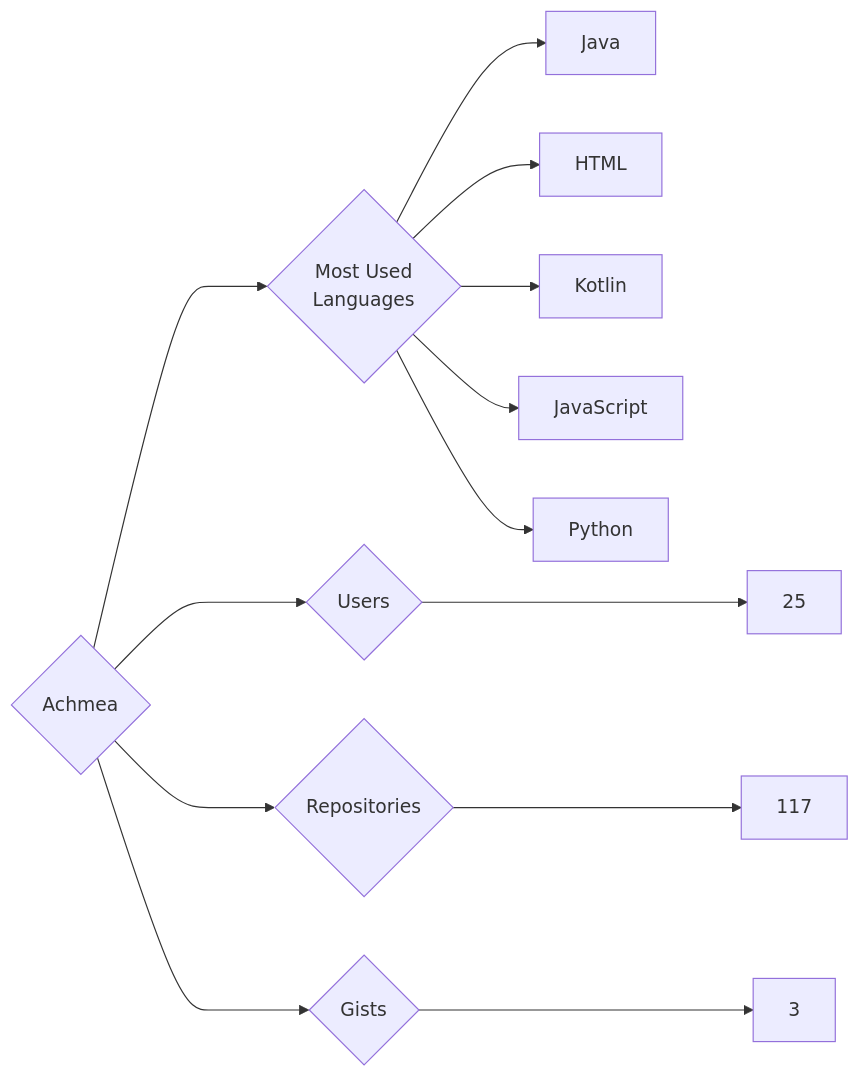
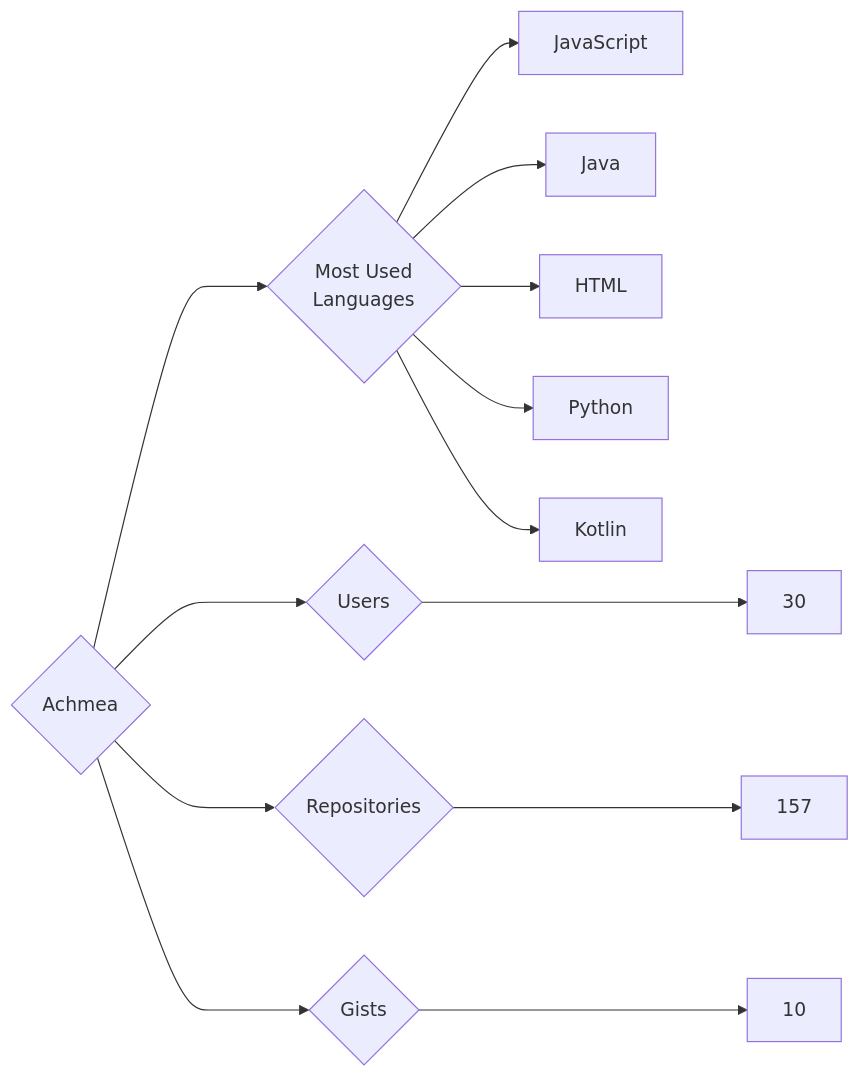
The diagram in targets/Achmea/README.md (trickest/insiders), drawn with Mermaid before and after one commit. The commit also changed 440 other files, not shown here.

````diff
--- a/targets/Achmea/README.md
+++ b/targets/Achmea/README.md
@@ -3,13 +3,13 @@
 ```mermaid
 graph LR
 COMPANY_NAME{Achmea}
-COMPANY_NAME ---> U{Users} ---> UN[25]
-COMPANY_NAME ---> R{Repositories} ---> RN[117]
-COMPANY_NAME ---> G{Gists} ---> GN[3]
+COMPANY_NAME ---> U{Users} ---> UN[30]
+COMPANY_NAME ---> R{Repositories} ---> RN[157]
+COMPANY_NAME ---> G{Gists} ---> GN[10]
 COMPANY_NAME ---> ML{Most Used<br>Languages}
+ML --> JavaScript[JavaScript]
 ML --> Java[Java]
 ML --> HTML[HTML]
+ML --> Python[Python]
 ML --> Kotlin[Kotlin]
-ML --> JavaScript[JavaScript]
-ML --> Python[Python]
 ```
````
